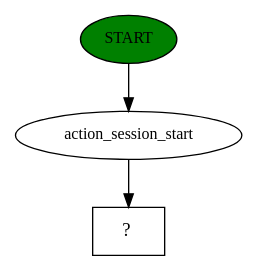
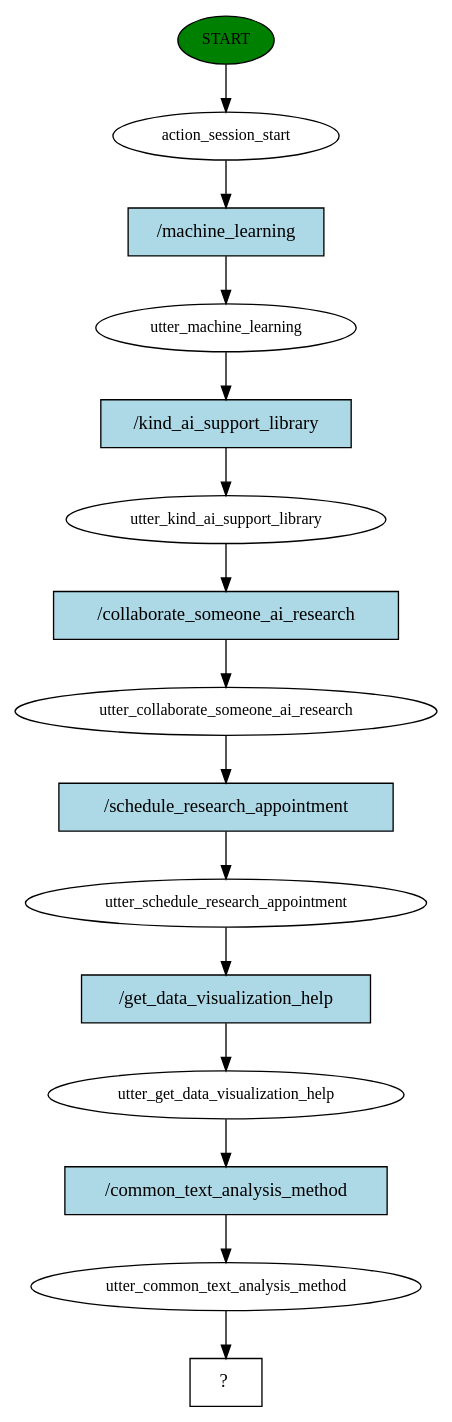
One commit to Shahraiz-commits/DRS-chatbot changed the diagram in Chatbot/story_graph.dot. Above: the diagram before and after it, drawn with Graphviz. The commit also changed 14 other files, not shown here.

```diff
--- a/Chatbot/story_graph.dot
+++ b/Chatbot/story_graph.dot
@@ -1,7 +1,31 @@
 digraph  {
 0 [class="start active", fillcolor=green, fontsize=12, label=START, style=filled];
 1 [class=active, fontsize=12, label=action_session_start];
-2 [class="intent dashed active", label="  ?  ", shape=rect];
+2 [class=active, fontsize=12, label=utter_machine_learning];
+3 [class=active, fontsize=12, label=utter_kind_ai_support_library];
+4 [class=active, fontsize=12, label=utter_collaborate_someone_ai_research];
+5 [class=active, fontsize=12, label=utter_schedule_research_appointment];
+6 [class=active, fontsize=12, label=utter_get_data_visualization_help];
+7 [class=active, fontsize=12, label=utter_common_text_analysis_method];
+8 [class="intent dashed active", label="  ?  ", shape=rect];
+9 [class="intent active", fillcolor=lightblue, label="/machine_learning", shape=rect, style=filled];
+10 [class="intent active", fillcolor=lightblue, label="/kind_ai_support_library", shape=rect, style=filled];
+11 [class="intent active", fillcolor=lightblue, label="/collaborate_someone_ai_research", shape=rect, style=filled];
+12 [class="intent active", fillcolor=lightblue, label="/schedule_research_appointment", shape=rect, style=filled];
+13 [class="intent active", fillcolor=lightblue, label="/get_data_visualization_help", shape=rect, style=filled];
+14 [class="intent active", fillcolor=lightblue, label="/common_text_analysis_method", shape=rect, style=filled];
 0 -> 1  [class=active, key=NONE, label=""];
-1 -> 2  [class=active, key=NONE, label=""];
+1 -> 9  [class=active, key=0];
+2 -> 10  [class=active, key=0];
+3 -> 11  [class=active, key=0];
+4 -> 12  [class=active, key=0];
+5 -> 13  [class=active, key=0];
+6 -> 14  [class=active, key=0];
+7 -> 8  [class=active, key=NONE, label=""];
+9 -> 2  [class=active, key=0];
+10 -> 3  [class=active, key=0];
+11 -> 4  [class=active, key=0];
+12 -> 5  [class=active, key=0];
+13 -> 6  [class=active, key=0];
+14 -> 7  [class=active, key=0];
 }
```
